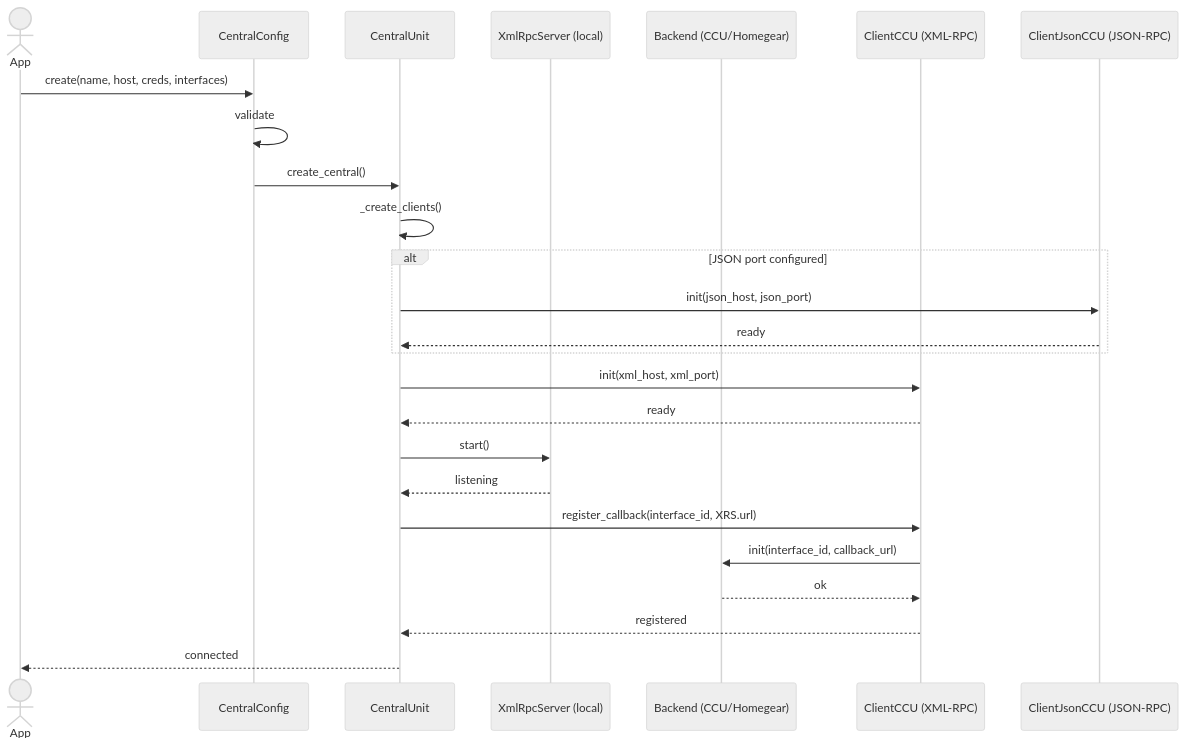
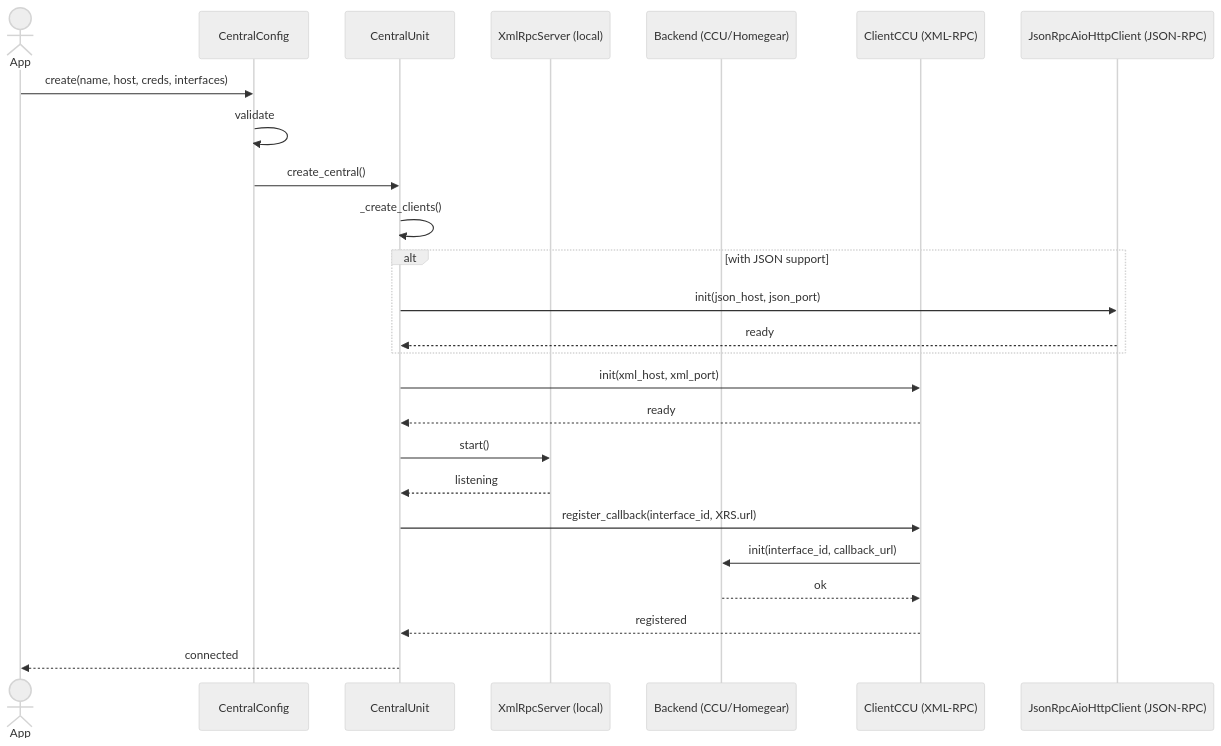
The first of 3 diagrams in docs/sequence_diagrams.md (SukramJ/aiohomematic), drawn with Mermaid (neutral theme) before and after one commit. The commit also changed other lines of this file, not shown here.

````diff
--- a/docs/sequence_diagrams.md
+++ b/docs/sequence_diagrams.md
@@ -7,27 +7,27 @@
 ```mermaid
 sequenceDiagram
   actor App
   participant Cfg as CentralConfig
   participant C as CentralUnit
   participant XRS as XmlRpcServer (local)
   participant CCU as Backend (CCU/Homegear)
   participant CX as ClientCCU (XML-RPC)
-  participant CJ as ClientJsonCCU (JSON-RPC)
+  participant CJ as JsonRpcAioHttpClient (JSON-RPC)
   App->>Cfg: create(name, host, creds, interfaces)
   Cfg->>Cfg: validate
   Cfg->>C: create_central()
   C->>C: _create_clients()
-  alt JSON port configured
+  alt with JSON support
     C->>CJ: init(json_host, json_port)
     CJ-->>C: ready
   end
   C->>CX: init(xml_host, xml_port)
   CX-->>C: ready
   C->>XRS: start()
   XRS-->>C: listening
   C->>CX: register_callback(interface_id, XRS.url)
   CX->>CCU: init(interface_id, callback_url)
   CCU-->>CX: ok
   CX-->>C: registered
   C-->>App: connected
 ```
````
